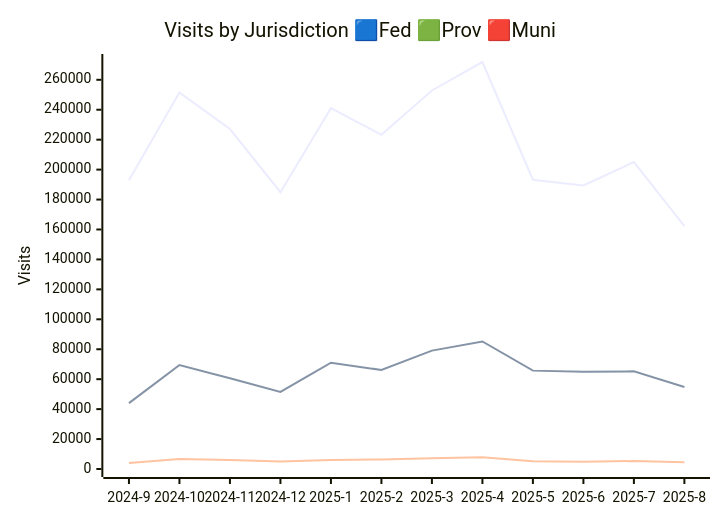
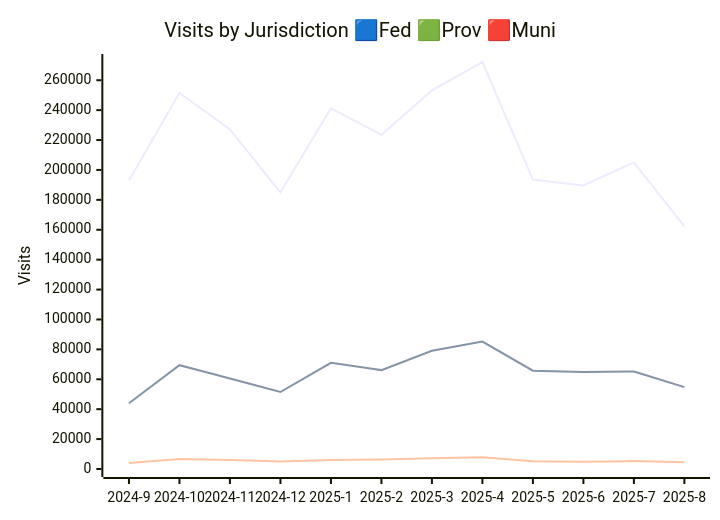
Before and after one commit to PatLittle/analytics-corporate-reporting: the second of 3 diagrams in JURISDICTION_ANALYTICS_REPORT/readme.md, drawn with Mermaid. The commit also changed other lines of this file and 2 other files, not shown here.

````diff
--- a/JURISDICTION_ANALYTICS_REPORT/readme.md
+++ b/JURISDICTION_ANALYTICS_REPORT/readme.md
@@ -17,10 +17,10 @@
 ```mermaid
 
 xychart-beta
     title "Visits by Jurisdiction 🟦Fed 🟩Prov 🟥Muni"
     x-axis [2024-9, 2024-10, 2024-11, 2024-12, 2025-1, 2025-2, 2025-3, 2025-4, 2025-5, 2025-6, 2025-7, 2025-8]
-    y-axis "Visits" 0 --> 271886
-    line [192916, 251552, 227121, 184894, 241040, 223257, 252870, 271876, 193243, 189390, 205056, 162267]
+    y-axis "Visits" 0 --> 272189
+    line [192916, 251552, 227121, 184988, 241259, 223551, 253194, 272179, 193491, 189626, 205056, 162267]
     line [43979, 69429, 60579, 51491, 71018, 66136, 79090, 85181, 65715, 64889, 65249, 54766]
     line [4036, 6662, 6090, 4988, 6051, 6324, 7158, 7837, 5146, 4804, 5325, 4438]
 ```
````
